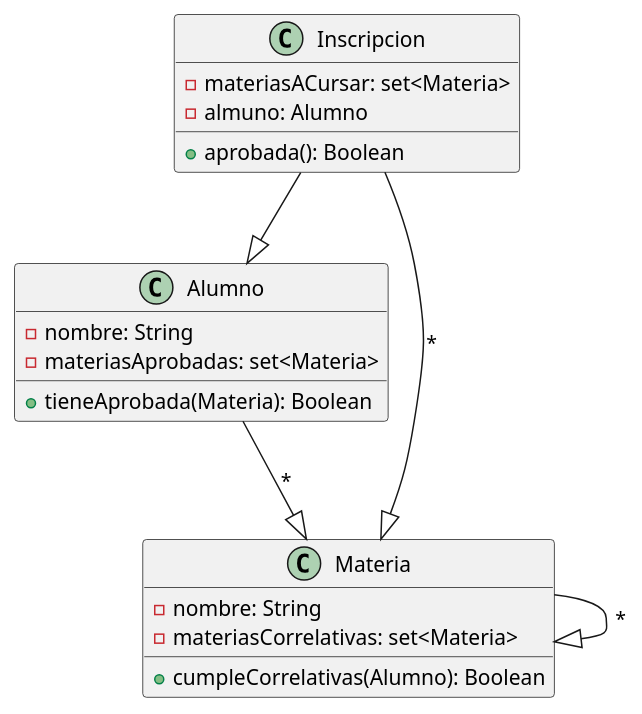
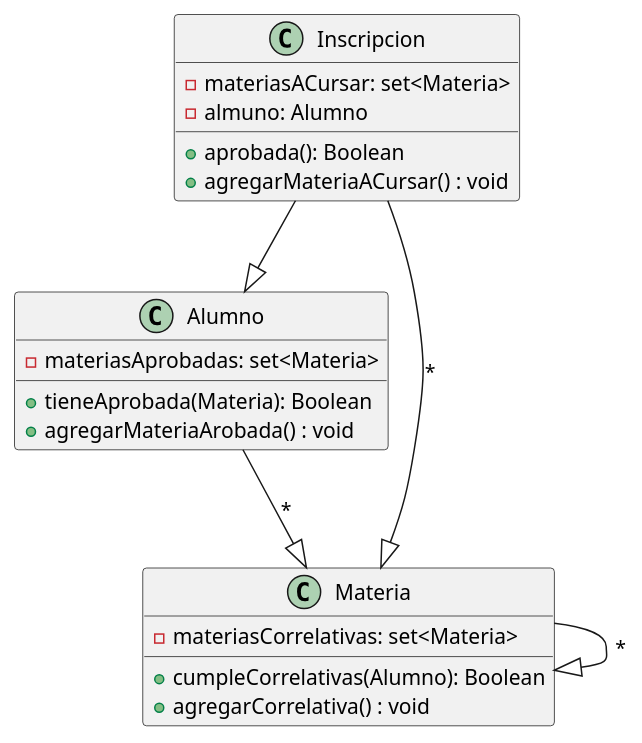
Before and after one commit to mateoviganotti/Ejercicio-Validador-de-Correlatividades: the diagram in src/main/diagrama.puml, drawn with PlantUML. The commit also changed 4 other files, not shown here.

```diff
--- a/src/main/diagrama.puml
+++ b/src/main/diagrama.puml
@@ -1,29 +1,29 @@
 @startuml
 
 class Inscripcion {
     - materiasACursar: set<Materia>
     - almuno: Alumno
 
     + aprobada(): Boolean
+    + agregarMateriaACursar() : void
 }
 
 class Alumno {
-    - nombre: String
     - materiasAprobadas: set<Materia>
 
-
     + tieneAprobada(Materia): Boolean
+    + agregarMateriaArobada() : void
 }
 
 class Materia {
-    - nombre: String
     - materiasCorrelativas: set<Materia>
 
     + cumpleCorrelativas(Alumno): Boolean
+    + agregarCorrelativa() : void
 }
 
 Inscripcion --|> Alumno
 Inscripcion --|> Materia : *
 Materia --|> Materia : *
 Alumno --|> Materia : *
 @enduml
```
